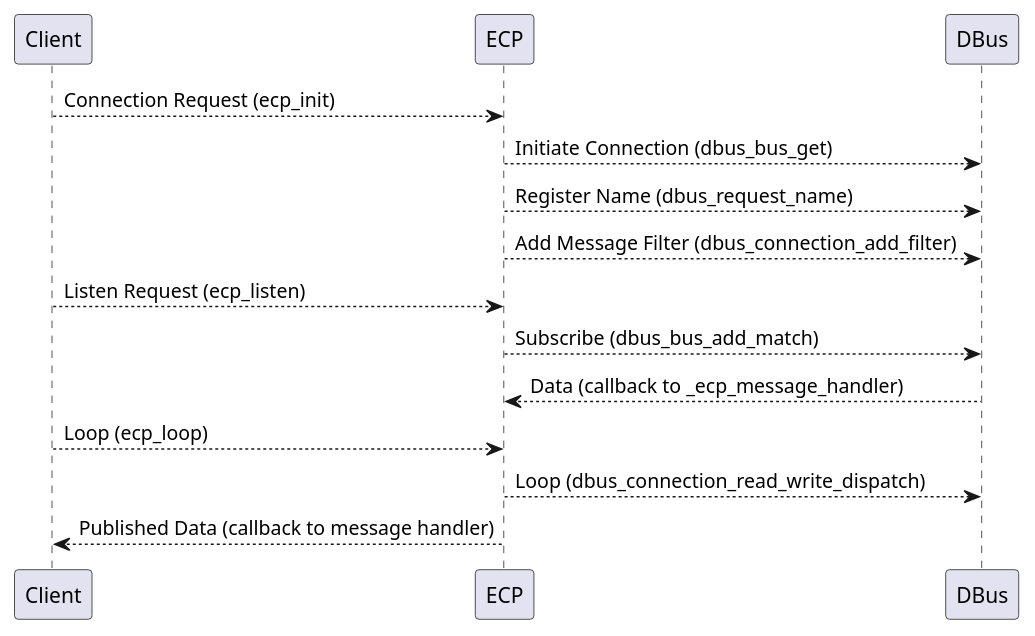
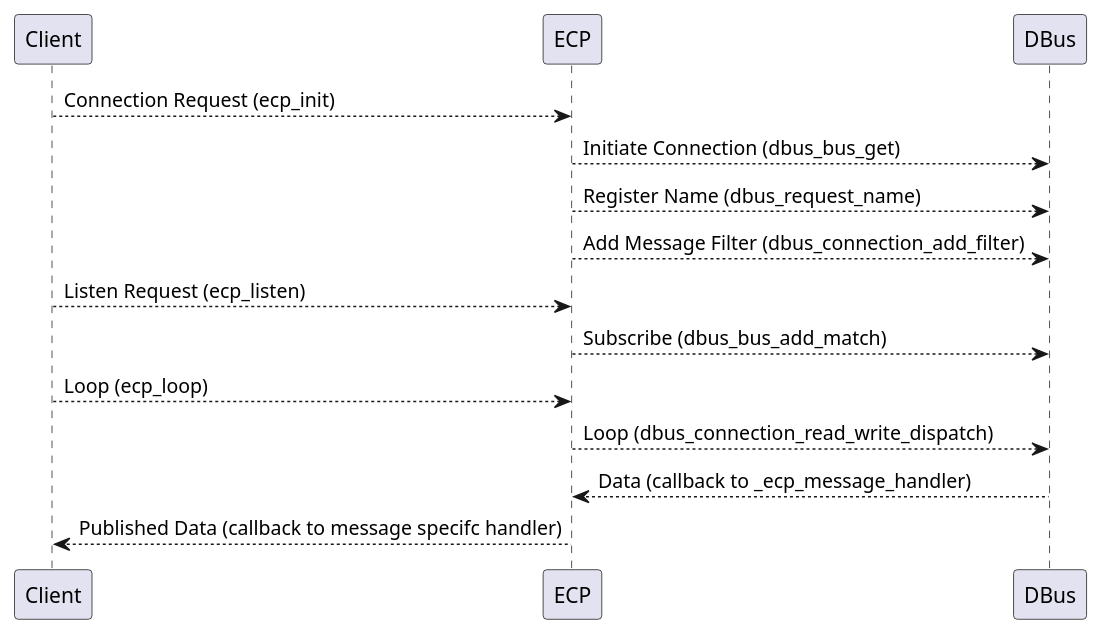
Before and after one commit to kubos/kubos: the first of 2 diagrams in docs/evented-control/index.rst, drawn with PlantUML. The commit also changed other lines of this file and 1 other file, not shown here.

```diff
--- a/docs/evented-control/index.rst
+++ b/docs/evented-control/index.rst
@@ -80,14 +81,14 @@
 .. uml::
 
    @startuml
    Client --> ECP: Connection Request (ecp_init)
    ECP --> DBus: Initiate Connection (dbus_bus_get)
    ECP --> DBus: Register Name (dbus_request_name)
    ECP --> DBus: Add Message Filter (dbus_connection_add_filter)
    Client --> ECP: Listen Request (ecp_listen)
    ECP --> DBus: Subscribe (dbus_bus_add_match)
-   DBus --> ECP: Data (callback to _ecp_message_handler)
    Client --> ECP: Loop (ecp_loop)
    ECP --> DBus: Loop (dbus_connection_read_write_dispatch)
-   ECP --> Client: Published Data (callback to message handler)
+   DBus --> ECP: Data (callback to _ecp_message_handler)
+   ECP --> Client: Published Data (callback to message specifc handler)
    @enduml
```
